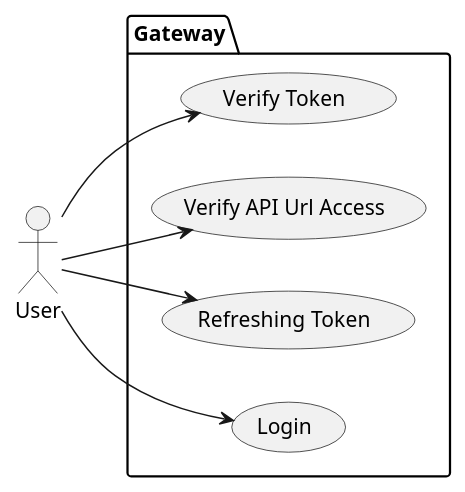
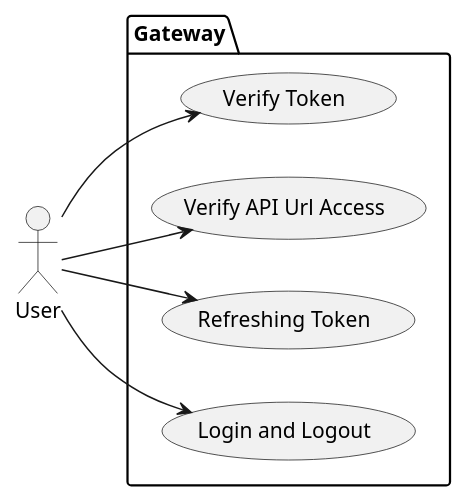
Before and after one commit to POS-Java-Microservice/requirement-documents: the diagram in Gateway/Requirement/use-case.wsd, drawn with PlantUML. The commit also changed 1 other file, not shown here.

```diff
--- a/Gateway/Requirement/use-case.wsd
+++ b/Gateway/Requirement/use-case.wsd
@@ -1,17 +1,17 @@
 @startuml gateway-service
 
 left to right direction
 actor User as u
 package Gateway{
     usecase "Verify Token" as uc1
     usecase "Verify API Url Access" as uc2
     usecase "Refreshing Token" as uc3
-    usecase "Login" as uc4
+    usecase "Login and Logout" as uc4
 }
 
 u --> uc1
 u --> uc2
 u --> uc3
 u --> uc4
 
 @enduml
```
